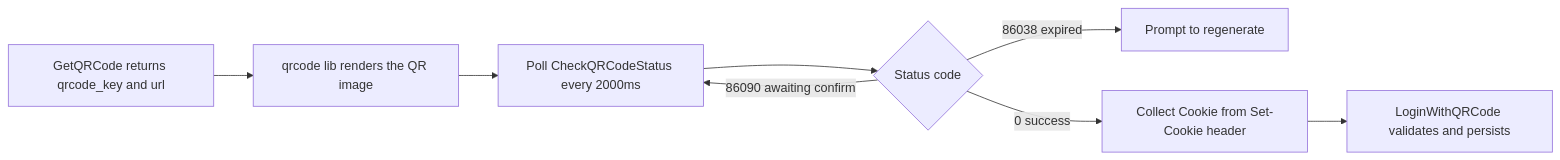
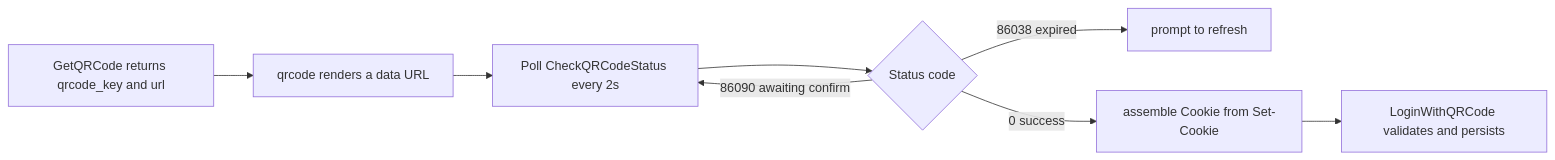
The sixth of 7 diagrams in docs/en/architecture/data-flow.md (aDarkMaker/BiliLuckyDraw), drawn with Mermaid before and after one commit. The commit also changed other lines of this file and 30 other files, not shown here.

````diff
--- a/docs/en/architecture/data-flow.md
+++ b/docs/en/architecture/data-flow.md
@@ -44,10 +92,10 @@
 ```mermaid
 flowchart LR
-    Q1[GetQRCode returns qrcode_key and url] --> Q2[qrcode lib renders the QR image]
-    Q2 --> Q3[Poll CheckQRCodeStatus every 2000ms]
+    Q1[GetQRCode returns qrcode_key and url] --> Q2[qrcode renders a data URL]
+    Q2 --> Q3[Poll CheckQRCodeStatus every 2s]
     Q3 --> Q4{Status code}
-    Q4 -->|86038 expired| Q5[Prompt to regenerate]
+    Q4 -->|86038 expired| Q5[prompt to refresh]
     Q4 -->|86090 awaiting confirm| Q3
-    Q4 -->|0 success| Q6[Collect Cookie from Set-Cookie header]
+    Q4 -->|0 success| Q6[assemble Cookie from Set-Cookie]
     Q6 --> Q7[LoginWithQRCode validates and persists]
 ```
````
